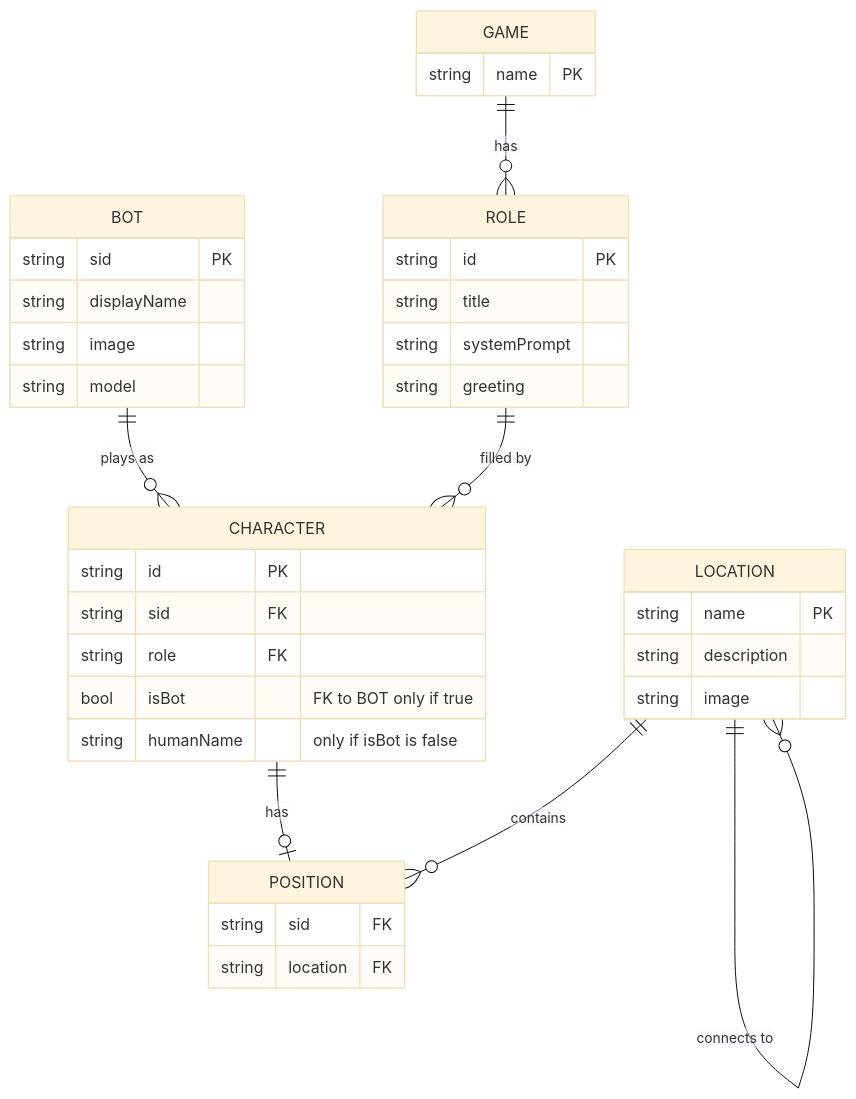
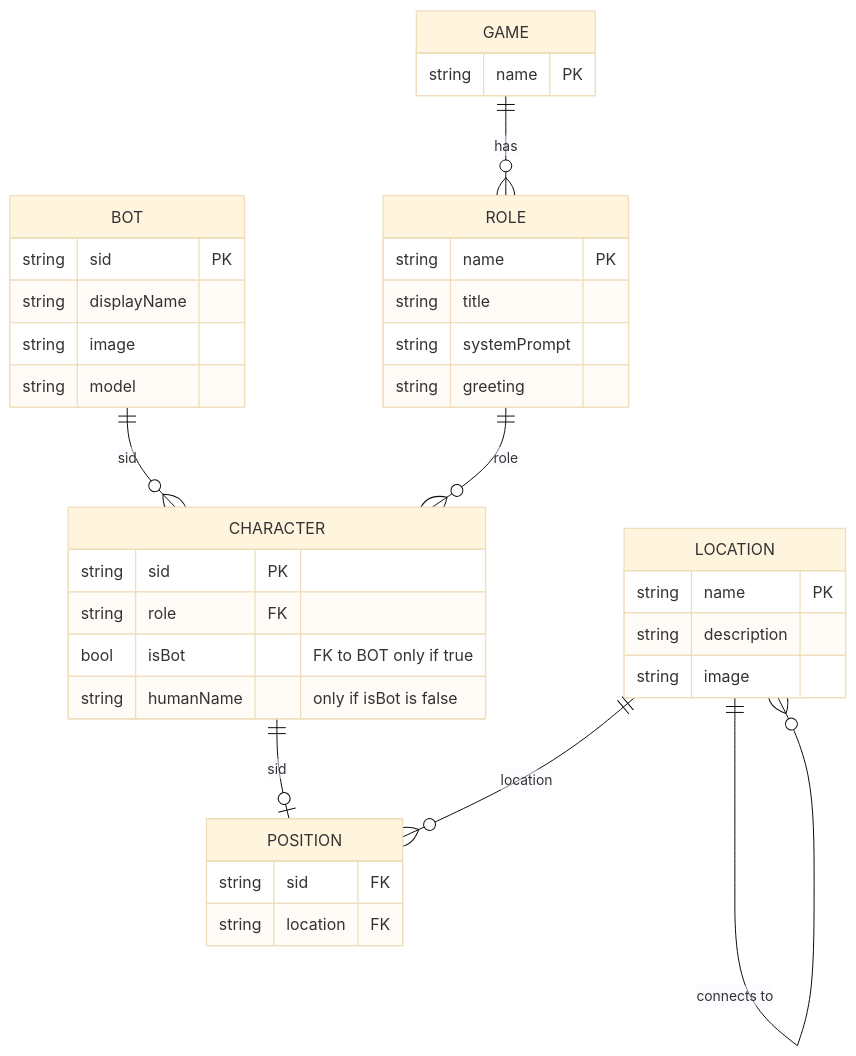
The diagram in python-server/dynamic_functions/Home/GAME.md (ProjectAtlantis-dev/atlantis-mcp-server), drawn with Mermaid (base theme) before and after one commit. The commit also changed 2 other files, not shown here.

````diff
--- a/python-server/dynamic_functions/Home/GAME.md
+++ b/python-server/dynamic_functions/Home/GAME.md
@@ -3,41 +3,40 @@
 ```mermaid
 erDiagram
     BOT {
         string sid PK
         string displayName
         string image
         string model
     }
     LOCATION {
         string name PK
         string description
         string image
     }
     GAME {
         string name PK
     }
     ROLE {
-        string id PK
+        string name PK
         string title
         string systemPrompt
         string greeting
     }
     CHARACTER {
-        string id PK
-        string sid FK
+        string sid PK
         string role FK
         bool isBot "FK to BOT only if true"
         string humanName "only if isBot is false"
     }
     POSITION {
         string sid FK
         string location FK
     }
 
     LOCATION ||--o{ LOCATION : "connects to"
     GAME ||--o{ ROLE : has
-    BOT ||--o{ CHARACTER : "plays as"
-    ROLE ||--o{ CHARACTER : "filled by"
-    CHARACTER ||--o| POSITION : "has"
-    LOCATION ||--o{ POSITION : "contains"
+    BOT ||--o{ CHARACTER : sid
+    ROLE ||--o{ CHARACTER : role
+    CHARACTER ||--o| POSITION : sid
+    LOCATION ||--o{ POSITION : location
 ```
````
